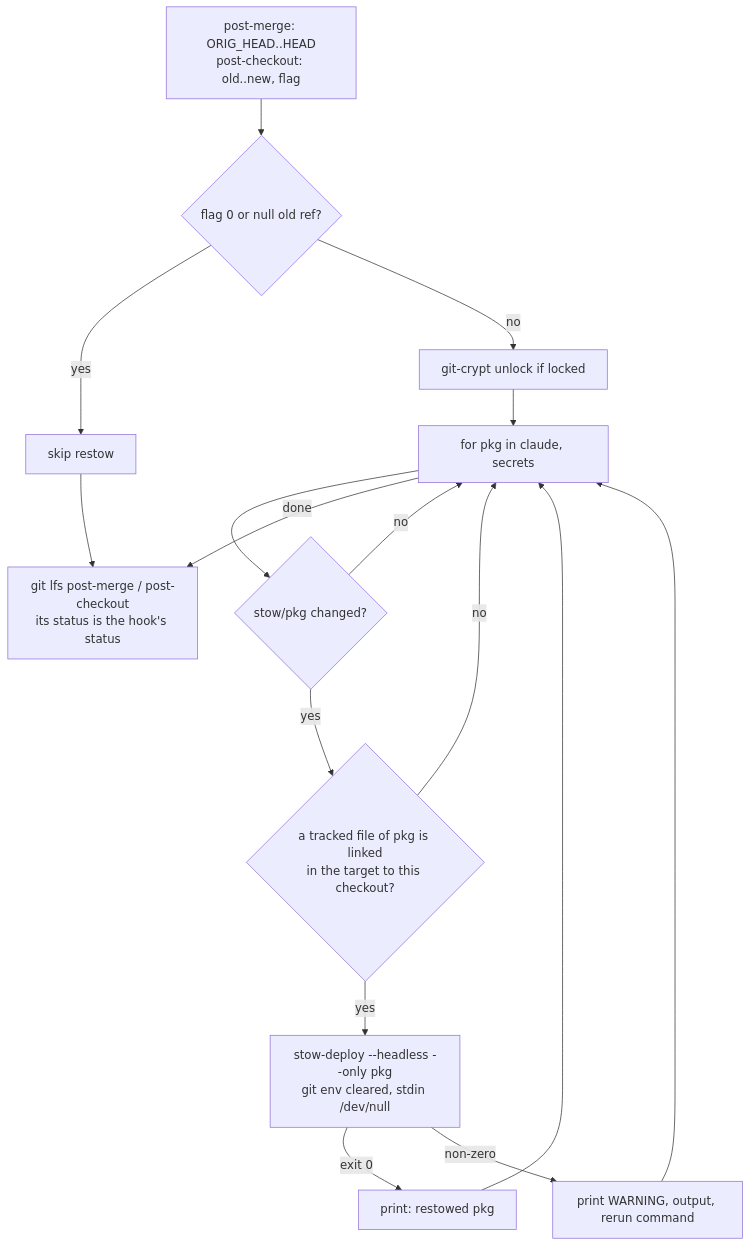
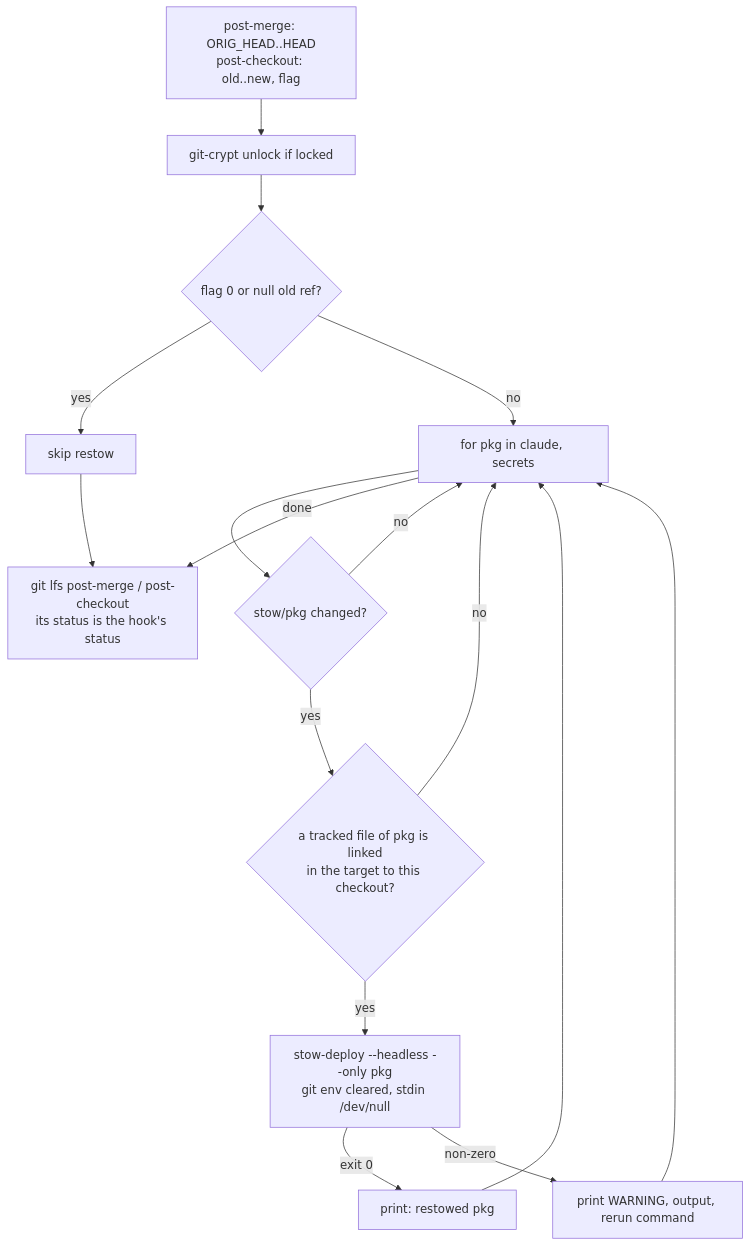
One commit to brettdavies/dotfiles changed the diagram in docs/plans/2026-10-30-1839-fix-restow-claude-on-pull-plan.md. Above: the diagram before and after it, drawn with Mermaid. The commit also changed other lines of this file, not shown here.

````diff
--- a/docs/plans/2026-10-30-1839-fix-restow-claude-on-pull-plan.md
+++ b/docs/plans/2026-10-30-1839-fix-restow-claude-on-pull-plan.md
@@ -199,18 +202,18 @@
 ```mermaid
 flowchart TB
-  A[post-merge: ORIG_HEAD..HEAD<br/>post-checkout: old..new, flag] --> B{flag 0 or null old ref?}
+  A[post-merge: ORIG_HEAD..HEAD<br/>post-checkout: old..new, flag] --> C[git-crypt unlock if locked]
+  C --> B{flag 0 or null old ref?}
   B -->|yes| Z[skip restow]
-  B -->|no| C[git-crypt unlock if locked]
-  C --> D[for pkg in claude, secrets]
+  B -->|no| D[for pkg in claude, secrets]
   D --> E{stow/pkg changed?}
   E -->|no| D
   E -->|yes| F{a tracked file of pkg is linked<br/>in the target to this checkout?}
   F -->|no| D
   F -->|yes| G[stow-deploy --headless --only pkg<br/>git env cleared, stdin /dev/null]
   G -->|exit 0| H[print: restowed pkg]
   G -->|non-zero| I[print WARNING, output, rerun command]
   H --> D
   I --> D
   D -->|done| L[git lfs post-merge / post-checkout<br/>its status is the hook's status]
   Z --> L
 ```
````
